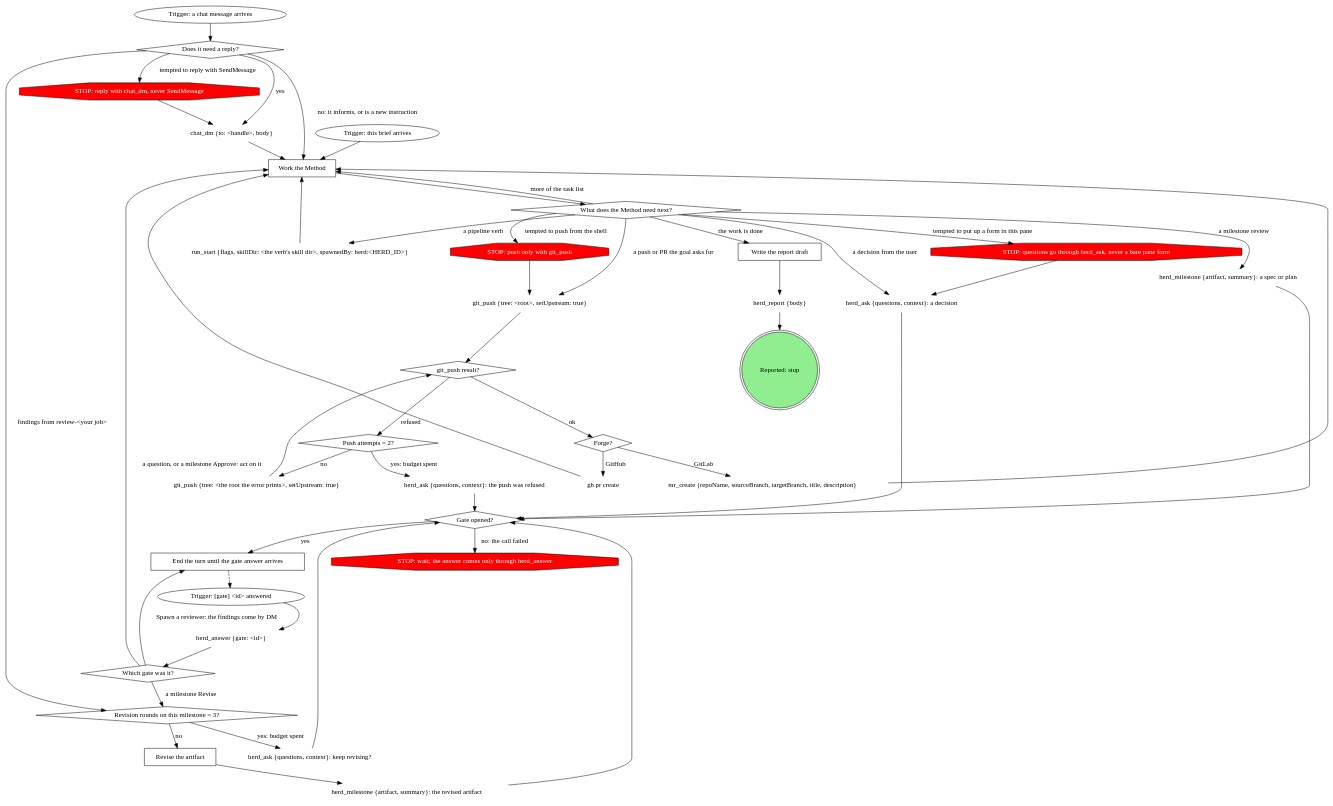
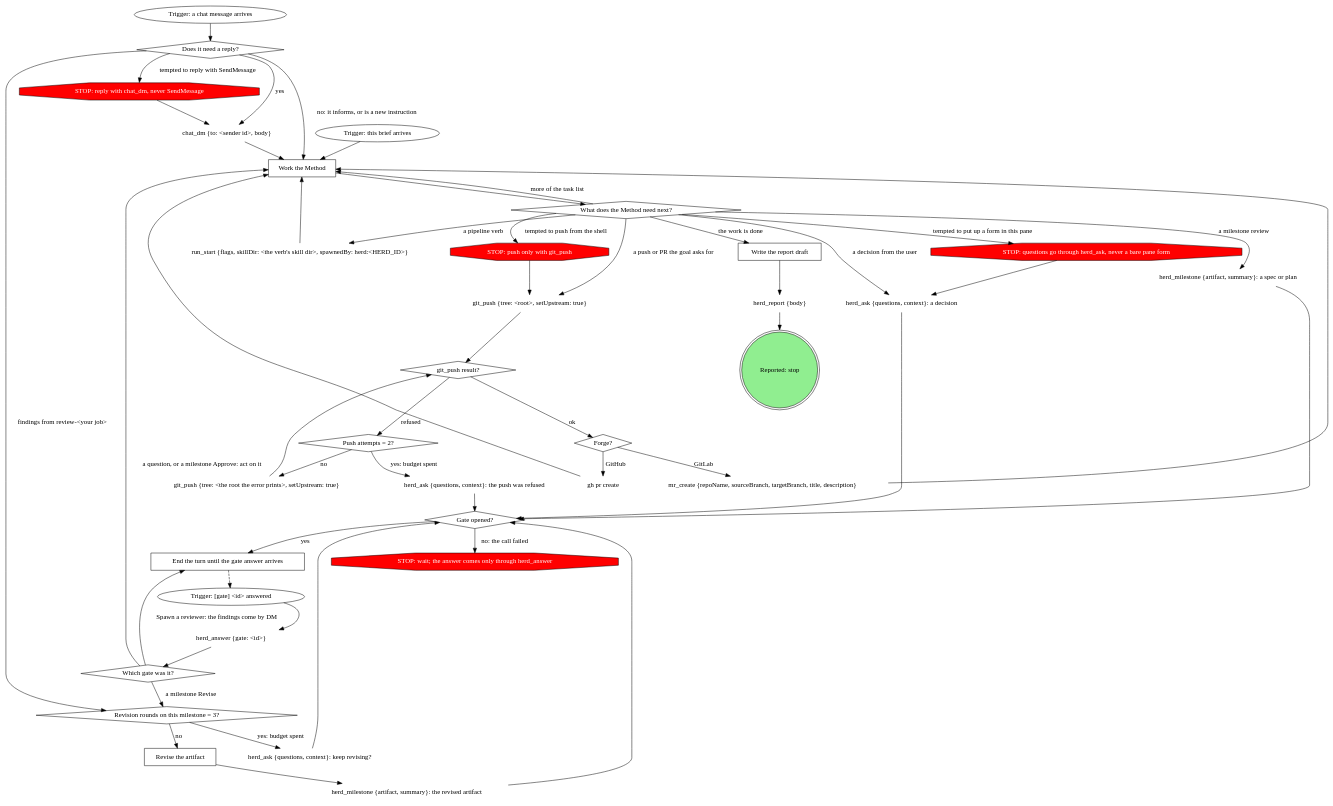
One commit to m4ttstack/mattstack changed the diagram in plugins/mattstack/skills/shepherdr/references/job-template.md. Above: the diagram before and after it, drawn with Graphviz. The commit also changed other lines of this file and 6 other files, not shown here.

```diff
--- a/plugins/mattstack/skills/shepherdr/references/job-template.md
+++ b/plugins/mattstack/skills/shepherdr/references/job-template.md
@@ -71,7 +71,7 @@
     "Trigger: a chat message arrives" [shape=ellipse];
     "Does it need a reply?" [shape=diamond];
     "STOP: reply with chat_dm, never SendMessage" [shape=octagon style=filled fillcolor=red fontcolor=white];
-    "chat_dm {to: <handle>, body}" [shape=plaintext];
+    "chat_dm {to: <sender id>, body}" [shape=plaintext];
     "Write the report draft" [shape=box];
     "herd_report {body}" [shape=plaintext];
     "Reported: stop" [shape=doublecircle style=filled fillcolor=lightgreen];
@@ -116,12 +116,12 @@
     "Revision rounds on this milestone = 3?" -> "herd_ask {questions, context}: keep revising?" [label="yes: budget spent"];
     "Revise the artifact" -> "herd_milestone {artifact, summary}: the revised artifact";
     "Trigger: a chat message arrives" -> "Does it need a reply?";
-    "Does it need a reply?" -> "chat_dm {to: <handle>, body}" [label="yes"];
+    "Does it need a reply?" -> "chat_dm {to: <sender id>, body}" [label="yes"];
     "Does it need a reply?" -> "Work the Method" [label="no: it informs, or is a new instruction"];
     "Does it need a reply?" -> "Revision rounds on this milestone = 3?" [label="findings from review-<your job>"];
     "Does it need a reply?" -> "STOP: reply with chat_dm, never SendMessage" [label="tempted to reply with SendMessage"];
-    "STOP: reply with chat_dm, never SendMessage" -> "chat_dm {to: <handle>, body}";
-    "chat_dm {to: <handle>, body}" -> "Work the Method";
+    "STOP: reply with chat_dm, never SendMessage" -> "chat_dm {to: <sender id>, body}";
+    "chat_dm {to: <sender id>, body}" -> "Work the Method";
     "Write the report draft" -> "herd_report {body}";
     "herd_report {body}" -> "Reported: stop";
 }
```
